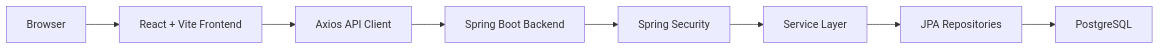
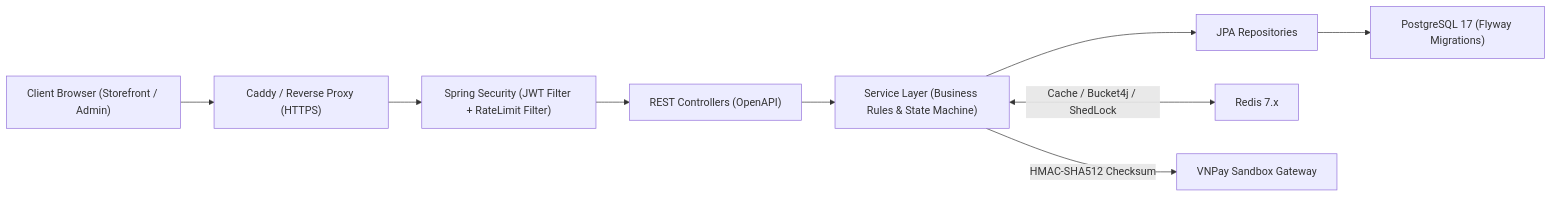
Before and after one commit to phananhkhang/Ladux: the diagram in docs/00-tong-quan-du-an.md, drawn with Mermaid. The commit also changed other lines of this file and 6 other files, not shown here.

````diff
--- a/docs/00-tong-quan-du-an.md
+++ b/docs/00-tong-quan-du-an.md
@@ -16,10 +19,11 @@
 ```mermaid
 flowchart LR
-    Browser["Browser"] --> Frontend["React + Vite Frontend"]
-    Frontend --> Axios["Axios API Client"]
-    Axios --> Backend["Spring Boot Backend"]
-    Backend --> Security["Spring Security"]
-    Security --> Services["Service Layer"]
+    Browser["Client Browser (Storefront / Admin)"] --> Caddy["Caddy / Reverse Proxy (HTTPS)"]
+    Caddy --> Security["Spring Security (JWT Filter + RateLimit Filter)"]
+    Security --> Controllers["REST Controllers (OpenAPI)"]
+    Controllers --> Services["Service Layer (Business Rules & State Machine)"]
     Services --> Repositories["JPA Repositories"]
-    Repositories --> Postgres["PostgreSQL"]
+    Repositories --> Postgres["PostgreSQL 17 (Flyway Migrations)"]
+    Services <-->|Cache / Bucket4j / ShedLock| Redis["Redis 7.x"]
+    Services -->|HMAC-SHA512 Checksum| VNPay["VNPay Sandbox Gateway"]
 ```
````
